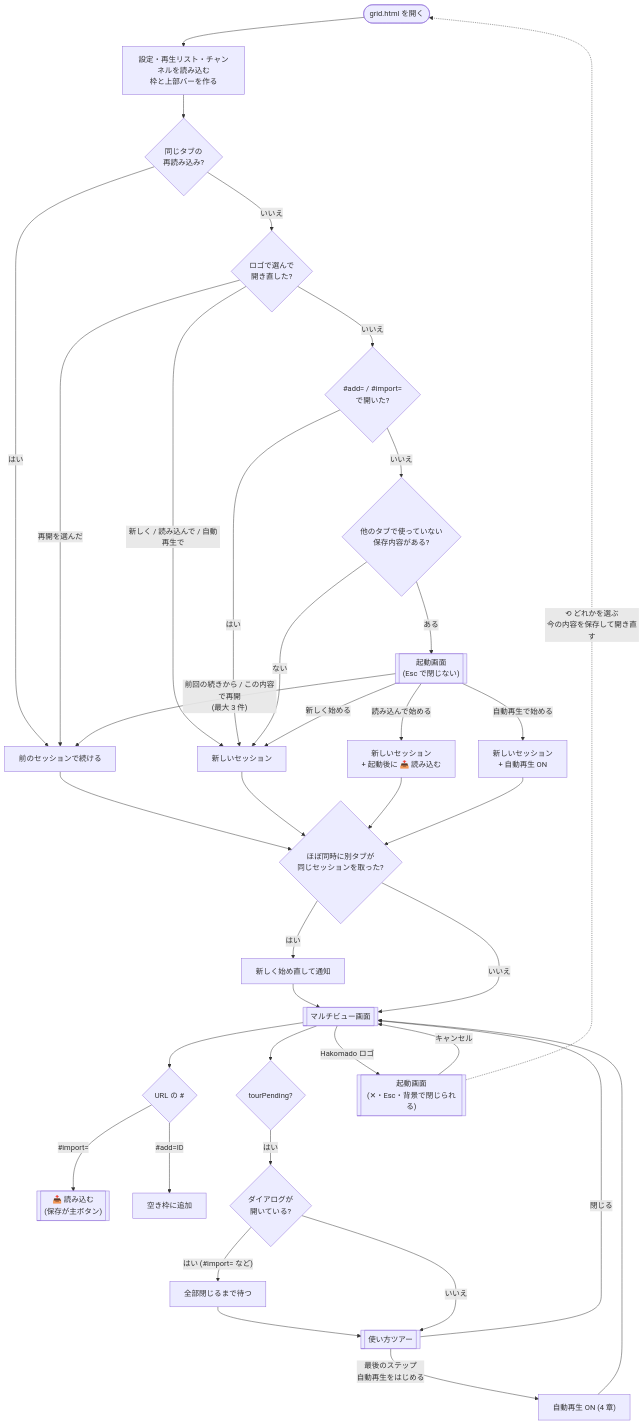
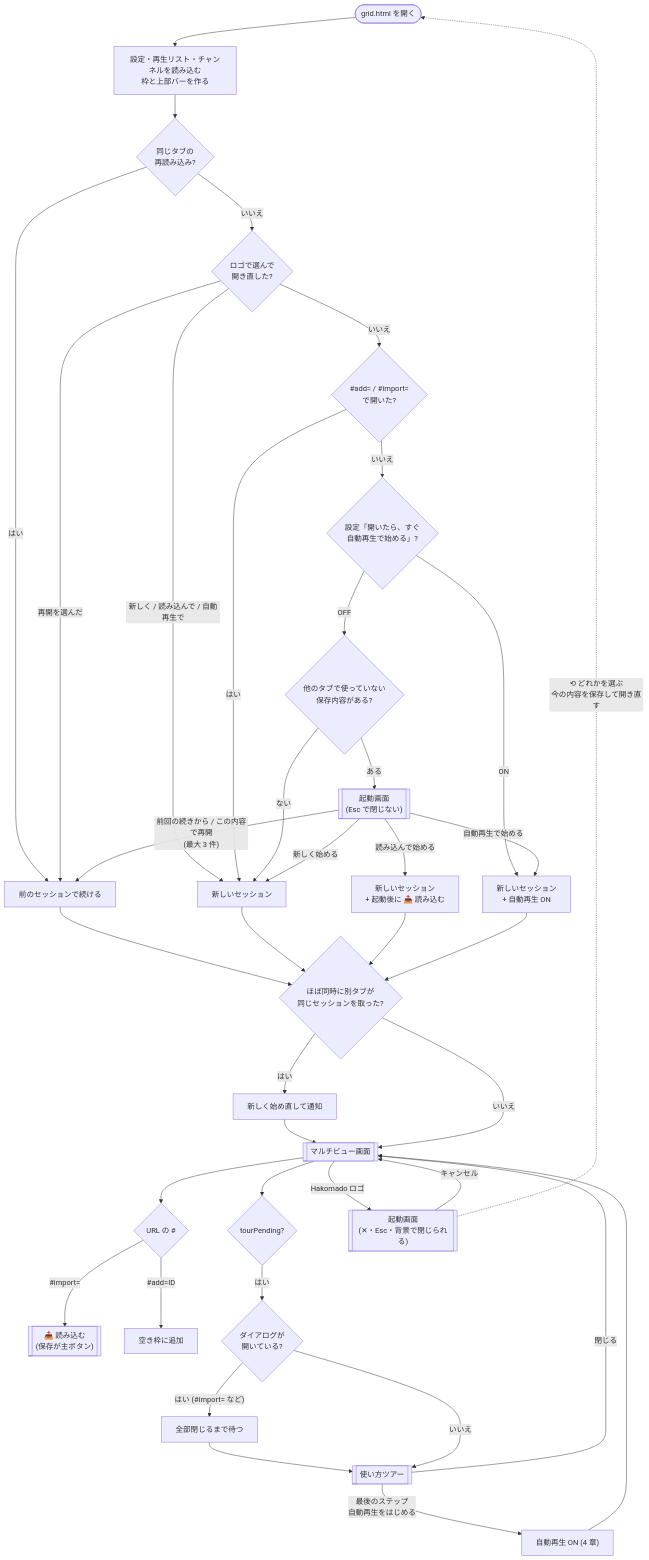
One commit to contee213/hakomado changed the second of 5 diagrams in docs/screen-flow.md. Above: the diagram before and after it, drawn with Mermaid. The commit also changed 7 other files, not shown here.

````diff
--- a/docs/screen-flow.md
+++ b/docs/screen-flow.md
@@ -41,33 +41,35 @@
 ```mermaid
 flowchart TD
   S(["grid.html を開く"]) --> M["設定・再生リスト・チャンネルを読み込む<br>枠と上部バーを作る"]
   M --> R1{"同じタブの<br>再読み込み?"}
   R1 -- "はい" --> RES["前のセッションで続ける"]
   R1 -- "いいえ" --> R2{"ロゴで選んで<br>開き直した?"}
   R2 -- "再開を選んだ" --> RES
   R2 -- "新しく / 読み込んで / 自動再生で" --> NEW["新しいセッション"]
   R2 -- "いいえ" --> RH{"#add= / #import=<br>で開いた?"}
   RH -- "はい" --> NEW
-  RH -- "いいえ" --> R3{"他のタブで使っていない<br>保存内容がある?"}
+  RH -- "いいえ" --> RO{"設定「開いたら、すぐ<br>自動再生で始める」?"}
+  RO -- "ON" --> NEWA
+  RO -- "OFF" --> R3{"他のタブで使っていない<br>保存内容がある?"}
   R3 -- "ない" --> NEW
   R3 -- "ある" --> SD[["起動画面<br>(Esc で閉じない)"]]
   SD -- "前回の続きから / この内容で再開<br>(最大 3 件)" --> RES
   SD -- "新しく始める" --> NEW
   SD -- "読み込んで始める" --> NEWR["新しいセッション<br>+ 起動後に 📥 読み込む"]
   SD -- "自動再生で始める" --> NEWA["新しいセッション<br>+ 自動再生 ON"]
   RES & NEW & NEWR & NEWA --> CL{"ほぼ同時に別タブが<br>同じセッションを取った?"}
   CL -- "はい" --> NEW2["新しく始め直して通知"] --> MAIN
   CL -- "いいえ" --> MAIN[["マルチビュー画面"]]
   MAIN --> H{"URL の #"}
   H -- "#import=" --> RD[["📥 読み込む<br>(保存が主ボタン)"]]
   H -- "#add=ID" --> ADD["空き枠に追加"]
   MAIN --> T{"tourPending?"}
   T -- "はい" --> TW{"ダイアログが<br>開いている?"}
   TW -- "はい (#import= など)" --> TW2["全部閉じるまで待つ"] --> TOUR
   TW -- "いいえ" --> TOUR[["使い方ツアー"]]
   TOUR -- "閉じる" --> MAIN
   TOUR -- "最後のステップ<br>自動再生をはじめる" --> AON["自動再生 ON (4 章)"] --> MAIN
   MAIN -- "Hakomado ロゴ" --> LG[["起動画面<br>(✕・Esc・背景で閉じられる)"]]
   LG -- "キャンセル" --> MAIN
   LG -. "⟲ どれかを選ぶ<br>今の内容を保存して開き直す" .-> S
 ```
````
